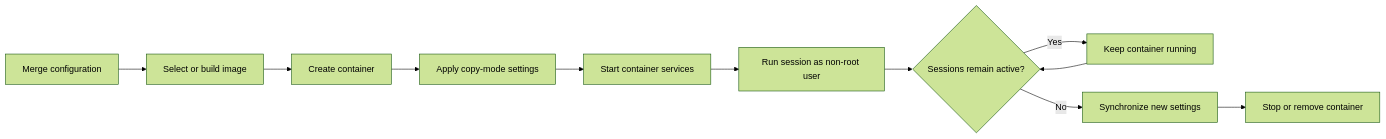
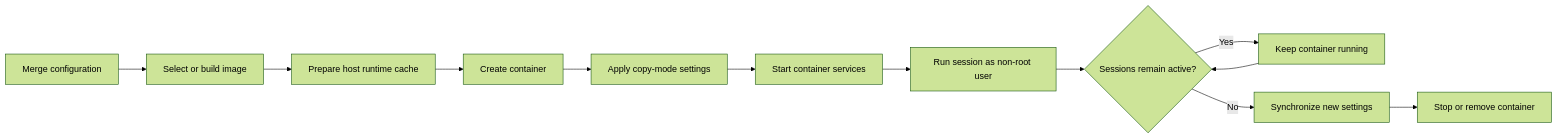
The second of 2 diagrams in docs/ARCHITECTURE.md (MaibornWolff/sandbox), drawn with Mermaid (forest theme) before and after one commit. The commit also changed other lines of this file and 46 other files, not shown here.

First line of the commit message:
fix: deliver runtime files from the host cache

````diff
--- a/docs/ARCHITECTURE.md
+++ b/docs/ARCHITECTURE.md
@@ -148,13 +153,14 @@
 ```mermaid
 flowchart LR
   Config[Merge configuration] --> Image[Select or build image]
-  Image --> Create[Create container]
+  Image --> Runtime[Prepare host runtime cache]
+  Runtime --> Create[Create container]
   Create --> Apply[Apply copy-mode settings]
   Apply --> Services[Start container services]
   Services --> Session[Run session as non-root user]
   Session --> Idle{Sessions remain active?}
   Idle -->|Yes| Wait[Keep container running]
   Wait --> Idle
   Idle -->|No| Sync[Synchronize new settings]
   Sync --> Stop[Stop or remove container]
 ```
````
